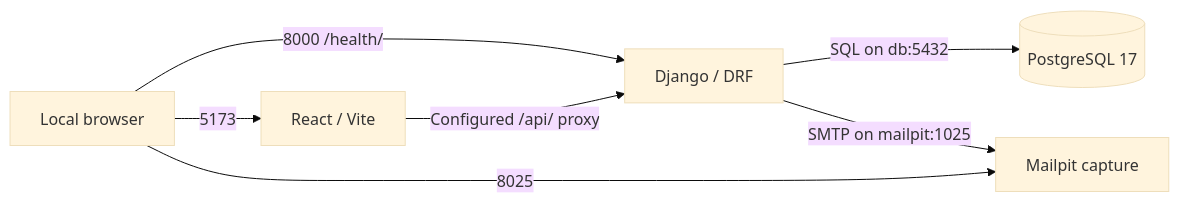
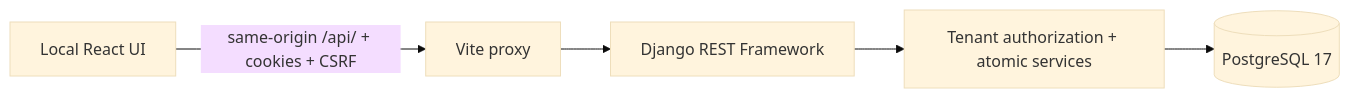
One commit to danipello09/inventory-sales-saas changed the diagram in README.md. Above: the diagram before and after it, drawn with Mermaid (base theme). The commit also changed other lines of this file and 41 other files, not shown here.

````diff
--- a/README.md
+++ b/README.md
@@ -53,9 +34,7 @@
 ```mermaid
 flowchart LR
-    Browser[Local browser] -->|5173| Vite[React / Vite]
-    Browser -->|8000 /health/| Django[Django / DRF]
-    Vite -->|Configured /api/ proxy| Django
-    Django -->|SQL on db:5432| DB[(PostgreSQL 17)]
-    Django -->|SMTP on mailpit:1025| Mailpit[Mailpit capture]
-    Browser -->|8025| Mailpit
+    Browser[Local React UI] -->|same-origin /api/ + cookies + CSRF| Vite[Vite proxy]
+    Vite --> Django[Django REST Framework]
+    Django --> Services[Tenant authorization + atomic services]
+    Services --> DB[(PostgreSQL 17)]
 ```
````
